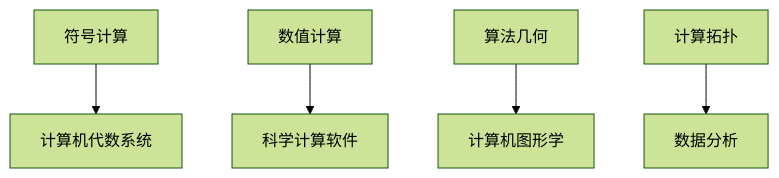
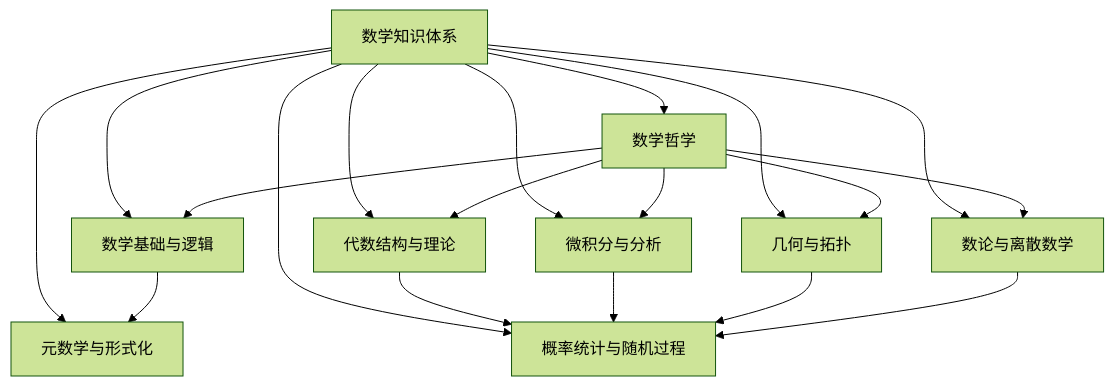
Before and after one commit to AdaMartin18010/Mathematics: diagram 15 of 16 in Math/Refactor/09-项目总览/05-Knowledge_Graphs_and_Mappings/数学知识体系映射.md, drawn with Mermaid (forest theme). The commit also changed other lines of this file and 28 other files, not shown here.

````diff
--- a/Math/Refactor/09-项目总览/05-Knowledge_Graphs_and_Mappings/数学知识体系映射.md
+++ b/Math/Refactor/09-项目总览/05-Knowledge_Graphs_and_Mappings/数学知识体系映射.md
@@ -256,7 +343,23 @@
 ```mermaid
 graph TD
-    CM1[符号计算] --> CM2[计算机代数系统]
-    CM3[数值计算] --> CM4[科学计算软件]
-    CM5[算法几何] --> CM6[计算机图形学]
-    CM7[计算拓扑] --> CM8[数据分析]
+    A[数学知识体系] --> B[数学哲学]
+    A --> C[数学基础与逻辑]
+    A --> D[代数结构与理论]
+    A --> E[微积分与分析]
+    A --> F[几何与拓扑]
+    A --> G[数论与离散数学]
+    A --> H[概率统计与随机过程]
+    A --> I[元数学与形式化]
+    
+    B --> C
+    B --> D
+    B --> E
+    B --> F
+    B --> G
+    
+    C --> I
+    D --> H
+    E --> H
+    F --> H
+    G --> H
 ```
````
